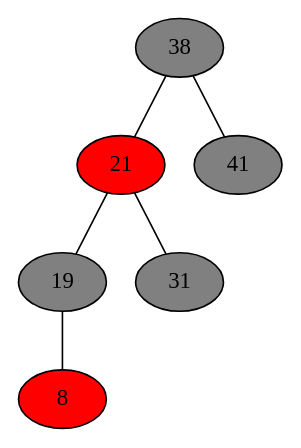
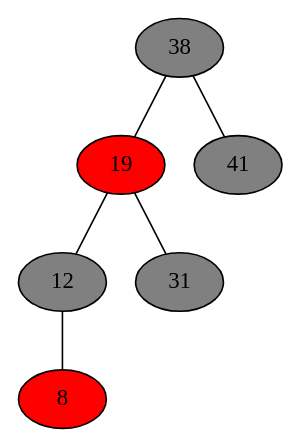
Before and after one commit to klutometis/clrs: the diagram in 13/13.3-2.dot, drawn with Graphviz. The commit also changed 3 other files, not shown here.

```diff
--- a/13/13.3-2.dot
+++ b/13/13.3-2.dot
@@ -1,19 +1,19 @@
 digraph G {
   node [style=filled]
   edge [dir=none]
   {
     node [fillcolor=red]
-    21
+    19
     8
   }
   {
     node [fillcolor=gray]
     38
     41
-    19
+    12
     31
   }
-  38 -> 21 -> 19 -> 8
-  21 -> 31
+  38 -> 19 -> 12 -> 8
+  19 -> 31
   38 -> 41
 }
```
